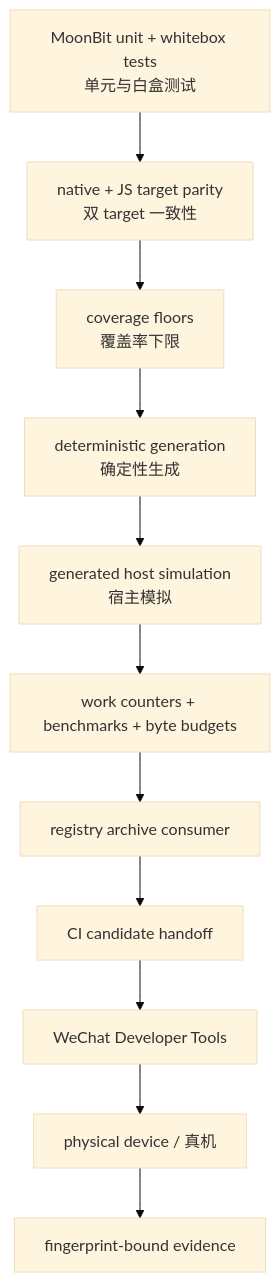
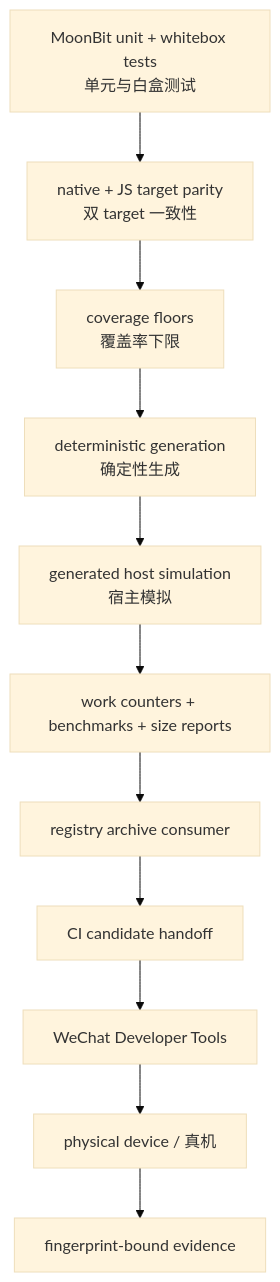
One commit to lucavance/minimoon changed the first of 2 diagrams in docs/code-analysis/08-RISKS-TESTING-AND-PERFORMANCE.md. Above: the diagram before and after it, drawn with Mermaid (base theme). The commit also changed other lines of this file and 51 other files, not shown here.

````diff
--- a/docs/code-analysis/08-RISKS-TESTING-AND-PERFORMANCE.md
+++ b/docs/code-analysis/08-RISKS-TESTING-AND-PERFORMANCE.md
@@ -13,17 +13,17 @@
 ```mermaid
 flowchart TB
     Unit[MoonBit unit + whitebox tests<br/>单元与白盒测试]
     Cross[native + JS target parity<br/>双 target 一致性]
     Coverage[coverage floors<br/>覆盖率下限]
     Generation[deterministic generation<br/>确定性生成]
     Host[generated host simulation<br/>宿主模拟]
-    Perf[work counters + benchmarks + byte budgets]
+    Perf[work counters + benchmarks + size reports]
     Archive[registry archive consumer]
     Candidate[CI candidate handoff]
     DevTools[WeChat Developer Tools]
     Device[physical device / 真机]
     Evidence[fingerprint-bound evidence]
 
     Unit --> Cross --> Coverage --> Generation --> Host --> Perf --> Archive --> Candidate
     Candidate --> DevTools --> Device --> Evidence
 ```
````
